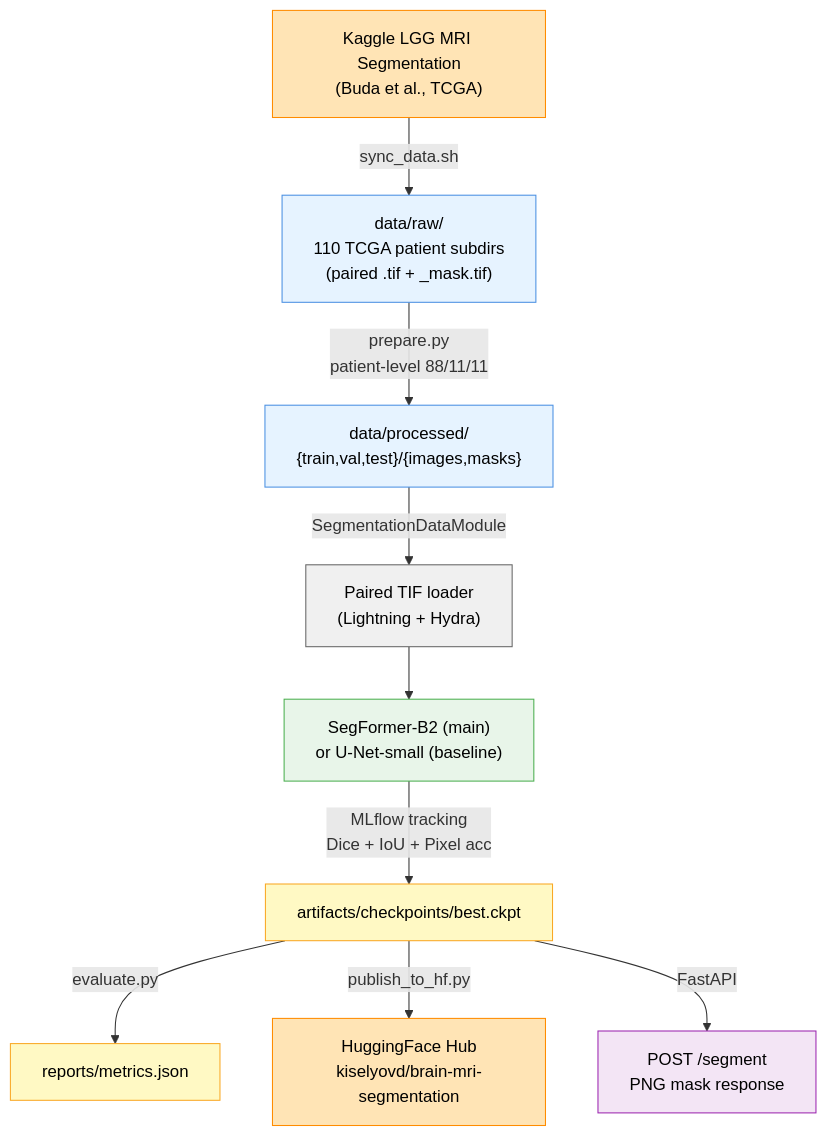
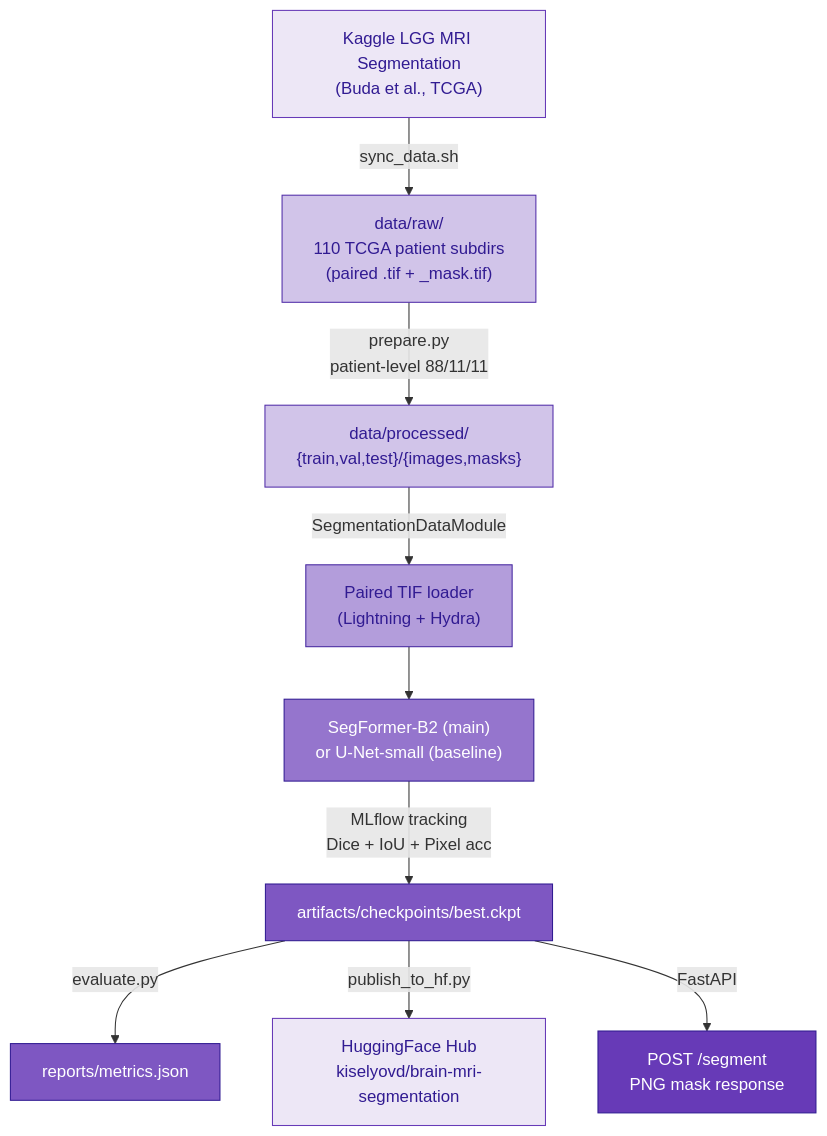
Before and after one commit to kiselyovd/brain-mri-segmentation: the diagram in docs/architecture.md, drawn with Mermaid.

Commit message:
style(arch): recolor mermaid flowchart in brain-mri deep-purple palette

````diff
--- a/docs/architecture.md
+++ b/docs/architecture.md
@@ -5,19 +5,19 @@
 ```mermaid
 flowchart TD
     A["Kaggle LGG MRI Segmentation<br/>(Buda et al., TCGA)"]:::external
     A -->|sync_data.sh| B["data/raw/<br/>110 TCGA patient subdirs<br/>(paired .tif + _mask.tif)"]:::data
     B -->|prepare.py<br/>patient-level 88/11/11| C["data/processed/<br/>{train,val,test}/{images,masks}"]:::data
     C -->|SegmentationDataModule| D["Paired TIF loader<br/>(Lightning + Hydra)"]:::code
     D --> E["SegFormer-B2 (main)<br/>or U-Net-small (baseline)"]:::model
     E -->|MLflow tracking<br/>Dice + IoU + Pixel acc| F["artifacts/checkpoints/best.ckpt"]:::artifact
     F -->|evaluate.py| R["reports/metrics.json"]:::artifact
     F -->|publish_to_hf.py| G["HuggingFace Hub<br/>kiselyovd/brain-mri-segmentation"]:::external
     F -->|FastAPI| H["POST /segment<br/>PNG mask response"]:::serve
 
-    classDef external fill:#FFE4B5,stroke:#FF8C00,color:#000
-    classDef data fill:#E6F3FF,stroke:#4A90E2,color:#000
-    classDef code fill:#F0F0F0,stroke:#666,color:#000
-    classDef model fill:#E8F5E9,stroke:#4CAF50,color:#000
-    classDef artifact fill:#FFF9C4,stroke:#F9A825,color:#000
-    classDef serve fill:#F3E5F5,stroke:#9C27B0,color:#000
+    classDef external fill:#EDE7F6,stroke:#673AB7,color:#311B92
+    classDef data fill:#D1C4E9,stroke:#512DA8,color:#311B92
+    classDef code fill:#B39DDB,stroke:#4527A0,color:#311B92
+    classDef model fill:#9575CD,stroke:#311B92,color:#fff
+    classDef artifact fill:#7E57C2,stroke:#311B92,color:#fff
+    classDef serve fill:#673AB7,stroke:#311B92,color:#fff
 ```
````
